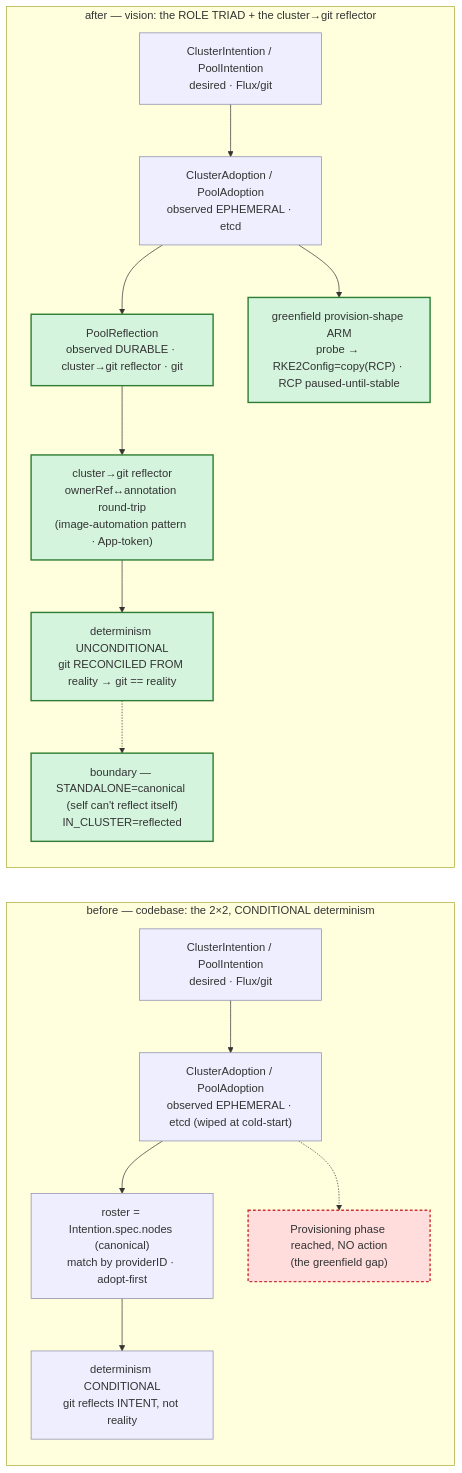
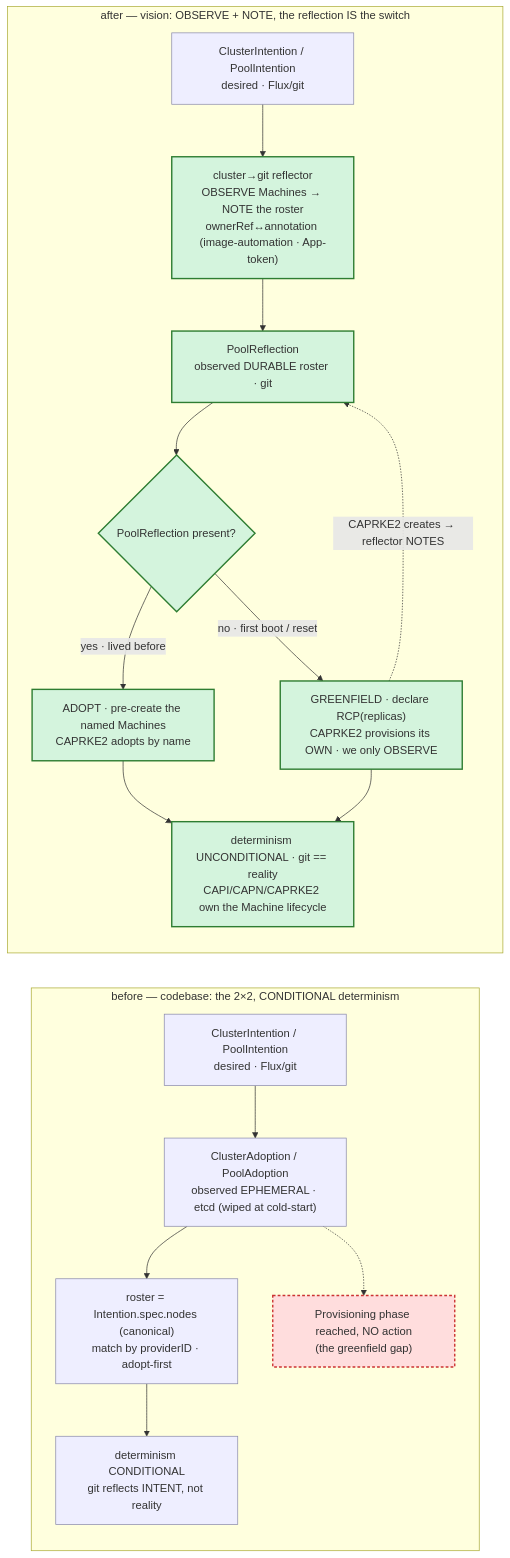
One commit to seedmatic/rke2lab changed the diagram in docs/architecture/atlas/cluster-seeding.adoc. Above: the diagram before and after it, drawn with Mermaid. The commit also changed other lines of this file and 2 other files, not shown here.

Commit message:
docs(cluster-api): grave the reflector-first / observe-only model
Revise the seeding spec + atlas to the corrected model (the C4b flip was
reverted after it fought CAPRKE2 live):

- adopt vs greenfield is decided by PoolReflection PRESENCE, not a CAPN
  liveness probe (deterministic path — git == reality).
- the controller only OBSERVES + NOTES; CAPI/CAPN/CAPRKE2 own the Machine
  lifecycle. Greenfield = declare RCP(replicas), CAPRKE2 provisions, the
  reflector notes the emergent roster. Adoption pre-creates named Machines
  ONCE to bind names.
- the reflector is the FIRST build (was deferred): it produces the
  reflection the switch reads.
- Diagram W (atlas) redrawn: reflector pivot + presence switch, greenfield
  as observe/note; the provision-shape ARM node removed.
- anti-patterns + recreate gestures + open-items realigned (deleting the
  reflection is the greenfield-reset signal, not a no-op).
- NEW open item (C7, now greenfield-critical): the LXCMachineTemplate must
  attach BOTH NICs per instance — vmnet-<role> (cluster) AND LAN (public
  reach) — like seed-master's InstanceGrow; today it carries none.

```diff
--- a/docs/architecture/atlas/cluster-seeding.adoc
+++ b/docs/architecture/atlas/cluster-seeding.adoc
@@ -47,32 +47,34 @@
 [mermaid]
 ....
 flowchart LR
   subgraph B[before — codebase: the 2×2, CONDITIONAL determinism]
     b_int["ClusterIntention / PoolIntention<br/>desired · Flux/git"]
     b_ad["ClusterAdoption / PoolAdoption<br/>observed EPHEMERAL · etcd (wiped at cold-start)"]
     b_ros["roster = Intention.spec.nodes (canonical)<br/>match by providerID · adopt-first"]
     b_det["determinism CONDITIONAL<br/>git reflects INTENT, not reality"]
     b_gap["Provisioning phase reached, NO action<br/>(the greenfield gap)"]
     b_int --> b_ad --> b_ros --> b_det
     b_ad -.-> b_gap
   end
-  subgraph A[after — vision: the ROLE TRIAD + the cluster→git reflector]
+  subgraph A[after — vision: OBSERVE + NOTE, the reflection IS the switch]
     a_int["ClusterIntention / PoolIntention<br/>desired · Flux/git"]
-    a_ad["ClusterAdoption / PoolAdoption<br/>observed EPHEMERAL · etcd"]
-    a_refl["PoolReflection<br/>observed DURABLE · cluster→git reflector · git"]
-    a_ref["cluster→git reflector<br/>ownerRef↔annotation round-trip<br/>(image-automation pattern · App-token)"]
-    a_det["determinism UNCONDITIONAL<br/>git RECONCILED FROM reality → git == reality"]
-    a_arm["greenfield provision-shape ARM<br/>probe → RKE2Config=copy(RCP) · RCP paused-until-stable"]
-    a_bnd["boundary — STANDALONE=canonical (self can't reflect itself)<br/>IN_CLUSTER=reflected"]
-    a_int --> a_ad
-    a_ad --> a_refl --> a_ref --> a_det
-    a_ad --> a_arm
-    a_det -.-> a_bnd
+    a_ref["cluster→git reflector<br/>OBSERVE Machines → NOTE the roster<br/>ownerRef↔annotation (image-automation · App-token)"]
+    a_refl["PoolReflection<br/>observed DURABLE roster · git"]
+    a_sw{"PoolReflection present?"}
+    a_adopt["ADOPT · pre-create the named Machines<br/>CAPRKE2 adopts by name"]
+    a_green["GREENFIELD · declare RCP(replicas)<br/>CAPRKE2 provisions its OWN · we only OBSERVE"]
+    a_det["determinism UNCONDITIONAL · git == reality<br/>CAPI/CAPN/CAPRKE2 own the Machine lifecycle"]
+    a_int --> a_ref --> a_refl --> a_sw
+    a_sw -->|"yes · lived before"| a_adopt
+    a_sw -->|"no · first boot / reset"| a_green
+    a_green -.->|"CAPRKE2 creates → reflector NOTES"| a_refl
+    a_adopt --> a_det
+    a_green --> a_det
   end
   classDef built fill:#eef,stroke:#88a,stroke-width:1px;
   classDef new fill:#d4f4dd,stroke:#2e7d32,stroke-width:2px;
   classDef gone fill:#fdd,stroke:#c33,stroke-width:2px,stroke-dasharray:4 3;
-  class b_int,b_ad,b_ros,b_det,a_int,a_ad built;
+  class b_int,b_ad,b_ros,b_det,a_int built;
   class b_gap gone;
-  class a_refl,a_ref,a_det,a_arm,a_bnd new;
+  class a_ref,a_refl,a_sw,a_adopt,a_green,a_det new;
 ....
```
